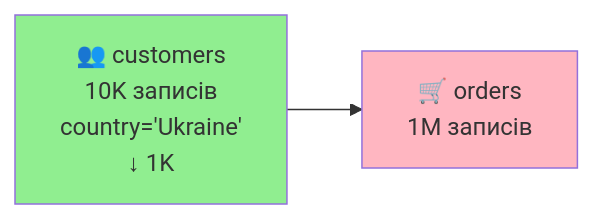
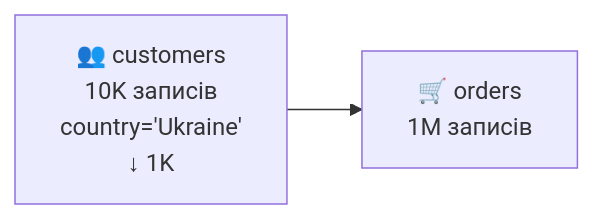
Before and after one commit to olroi421/course-bd: the ninth of 9 diagrams in docs/presentations/presentation-08.md, drawn with Mermaid.

````diff
--- a/docs/presentations/presentation-08.md
+++ b/docs/presentations/presentation-08.md
@@ -419,7 +419,4 @@
 ```mermaid
 graph LR
     A[👥 customers<br/>10K записів<br/>country='Ukraine'<br/>↓ 1K] --> B[🛒 orders<br/>1M записів]
-
-    style A fill:#90EE90
-    style B fill:#FFB6C1
 ```
````
